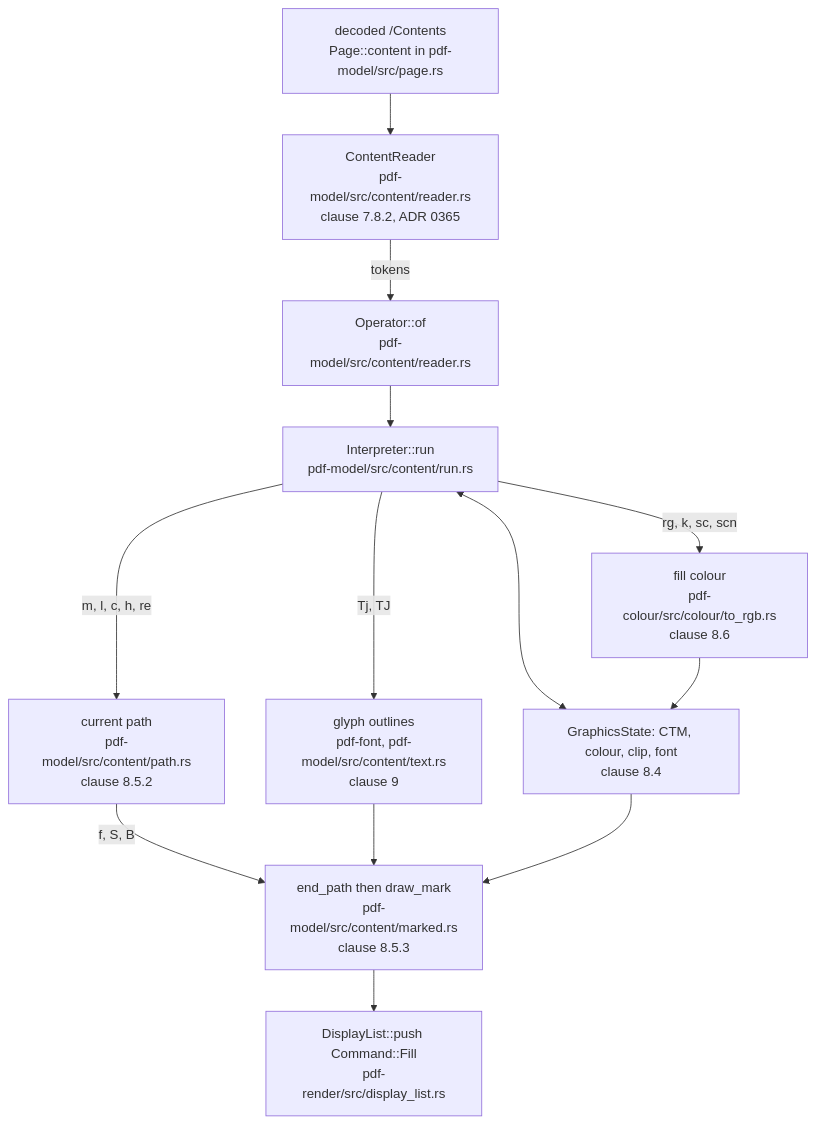
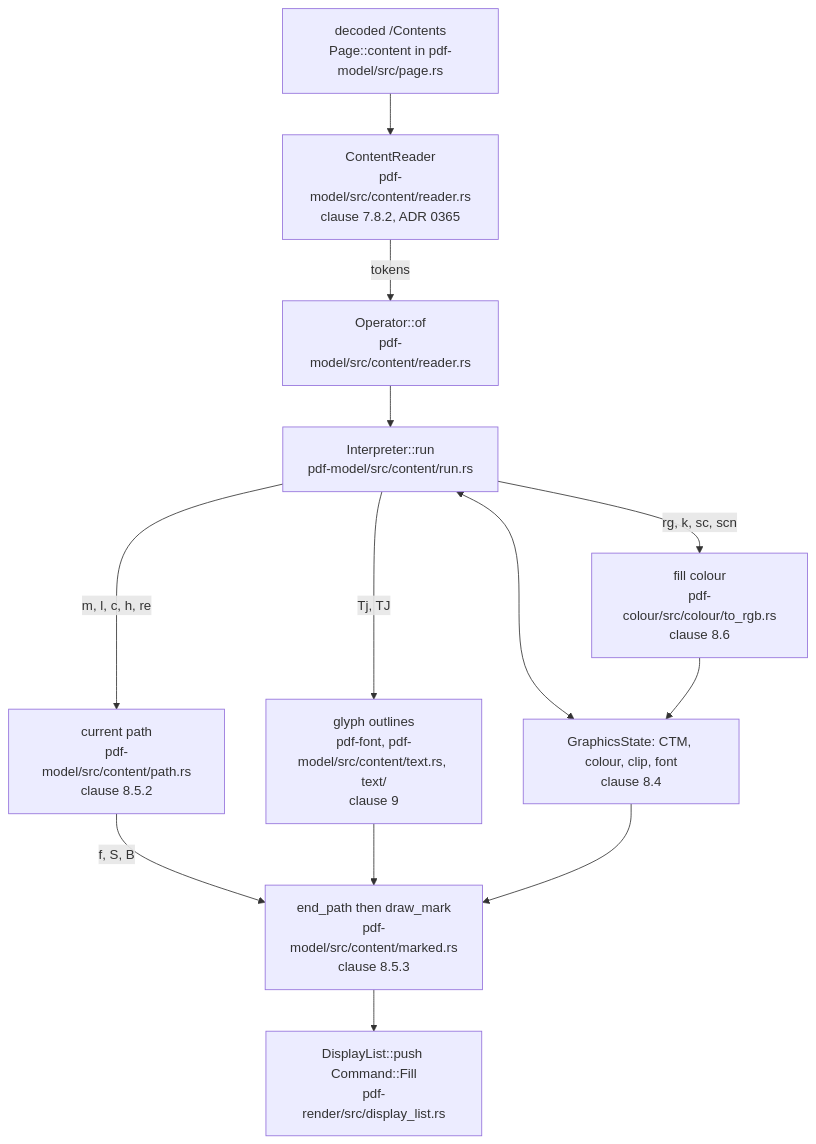
Before and after one commit to close2/pdf-viewer: the fourth of 9 diagrams in doc/teaching/how-a-page-lands-on-the-screen.md, drawn with Mermaid. The commit also changed other lines of this file and 94 other files, not shown here.

````diff
--- a/doc/teaching/how-a-page-lands-on-the-screen.md
+++ b/doc/teaching/how-a-page-lands-on-the-screen.md
@@ -241,26 +241,26 @@
 ```mermaid
 flowchart TD
     CONTENT["decoded /Contents<br/>Page::content in pdf-model/src/page.rs"]
     READER["ContentReader<br/>pdf-model/src/content/reader.rs<br/>clause 7.8.2, ADR 0365"]
     OPERATOR["Operator::of<br/>pdf-model/src/content/reader.rs"]
     RUN["Interpreter::run<br/>pdf-model/src/content/run.rs"]
     STATE["GraphicsState: CTM, colour, clip, font<br/>clause 8.4"]
     PATH["current path<br/>pdf-model/src/content/path.rs<br/>clause 8.5.2"]
     COLOUR["fill colour<br/>pdf-colour/src/colour/to_rgb.rs<br/>clause 8.6"]
-    TEXT["glyph outlines<br/>pdf-font, pdf-model/src/content/text.rs<br/>clause 9"]
+    TEXT["glyph outlines<br/>pdf-font, pdf-model/src/content/text.rs, text/<br/>clause 9"]
     MARK["end_path then draw_mark<br/>pdf-model/src/content/marked.rs<br/>clause 8.5.3"]
     LIST["DisplayList::push Command::Fill<br/>pdf-render/src/display_list.rs"]
 
     CONTENT --> READER
     READER -->|tokens| OPERATOR
     OPERATOR --> RUN
     RUN <--> STATE
     RUN -->|"m, l, c, h, re"| PATH
     RUN -->|"rg, k, sc, scn"| COLOUR
     RUN -->|"Tj, TJ"| TEXT
     PATH -->|"f, S, B"| MARK
     TEXT --> MARK
     COLOUR --> STATE
     STATE --> MARK
     MARK --> LIST
 ```
````
